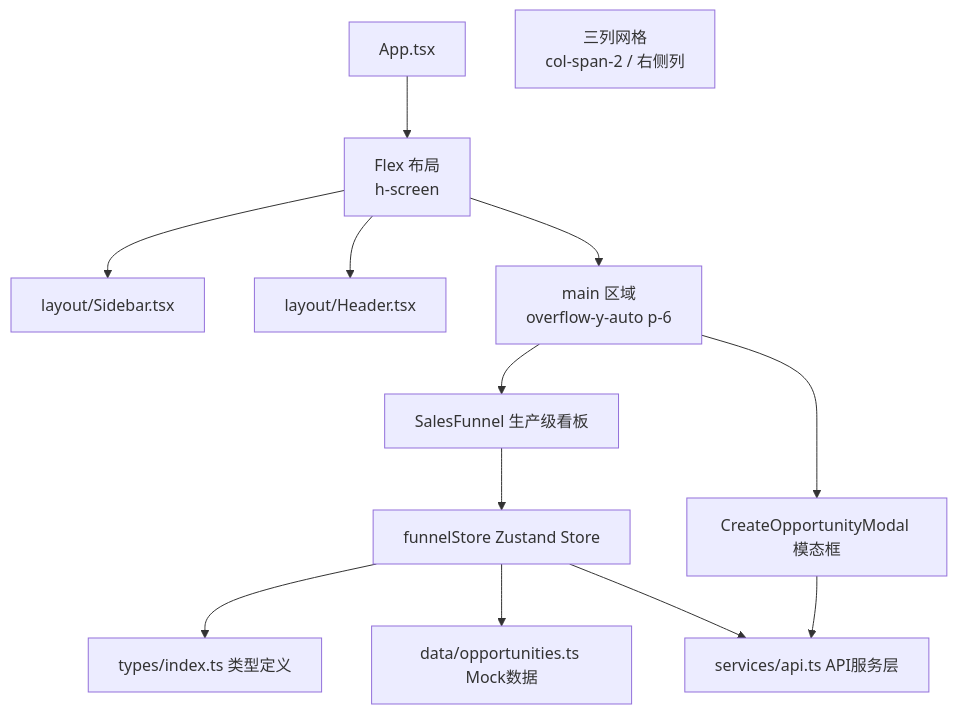
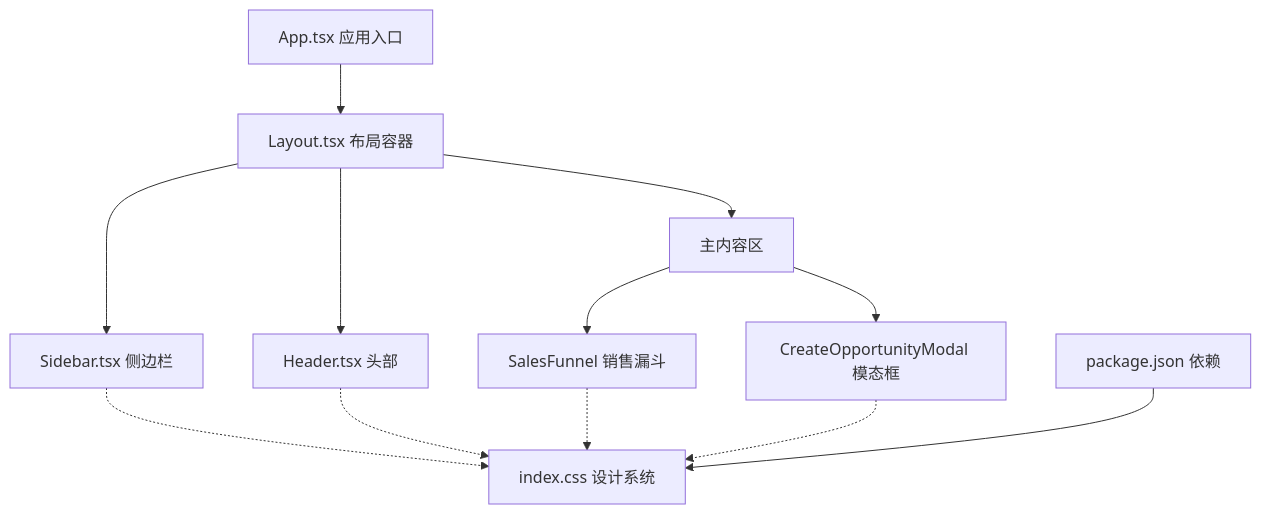
The first of 2 diagrams in .qoder/repowiki/zh/content/UI_UX设计/组件库规范/组件库规范.md (xianjianshenqu/SalesFlow-CRM), drawn with Mermaid before and after one commit. The commit also changed other lines of this file and 9 other files, not shown here.

````diff
--- a/.qoder/repowiki/zh/content/UI_UX设计/组件库规范/组件库规范.md
+++ b/.qoder/repowiki/zh/content/UI_UX设计/组件库规范/组件库规范.md
@@ -150,26 +169,23 @@
 ```mermaid
 graph TB
-APP["App.tsx"]
-LAYOUT["Flex 布局<br/>h-screen"]
-SIDEBAR["layout/Sidebar.tsx"]
-HEADER["layout/Header.tsx"]
-MAIN["main 区域<br/>overflow-y-auto p-6"]
-GRID["三列网格<br/>col-span-2 / 右侧列"]
-FUNNEL["SalesFunnel 生产级看板"]
-STORE["funnelStore Zustand Store"]
-TYPES["types/index.ts 类型定义"]
-DATA["data/opportunities.ts Mock数据"]
-API["services/api.ts API服务层"]
-CREATE_OPPORTUNITY["CreateOpportunityModal 模态框"]
+APP["App.tsx 应用入口"]
+LAYOUT["Layout.tsx 布局容器"]
+SIDEBAR["Sidebar.tsx 侧边栏"]
+HEADER["Header.tsx 头部"]
+MAIN["主内容区"]
+FUNNEL["SalesFunnel 销售漏斗"]
+MODAL["CreateOpportunityModal 模态框"]
+CSS["index.css 设计系统"]
+PKG["package.json 依赖"]
 APP --> LAYOUT
 LAYOUT --> SIDEBAR
 LAYOUT --> HEADER
 LAYOUT --> MAIN
 MAIN --> FUNNEL
-MAIN --> CREATE_OPPORTUNITY
-FUNNEL --> STORE
-STORE --> TYPES
-STORE --> DATA
-STORE --> API
-CREATE_OPPORTUNITY --> API
+MAIN --> MODAL
+SIDEBAR -.-> CSS
+HEADER -.-> CSS
+FUNNEL -.-> CSS
+MODAL -.-> CSS
+PKG --> CSS
 ```
````
